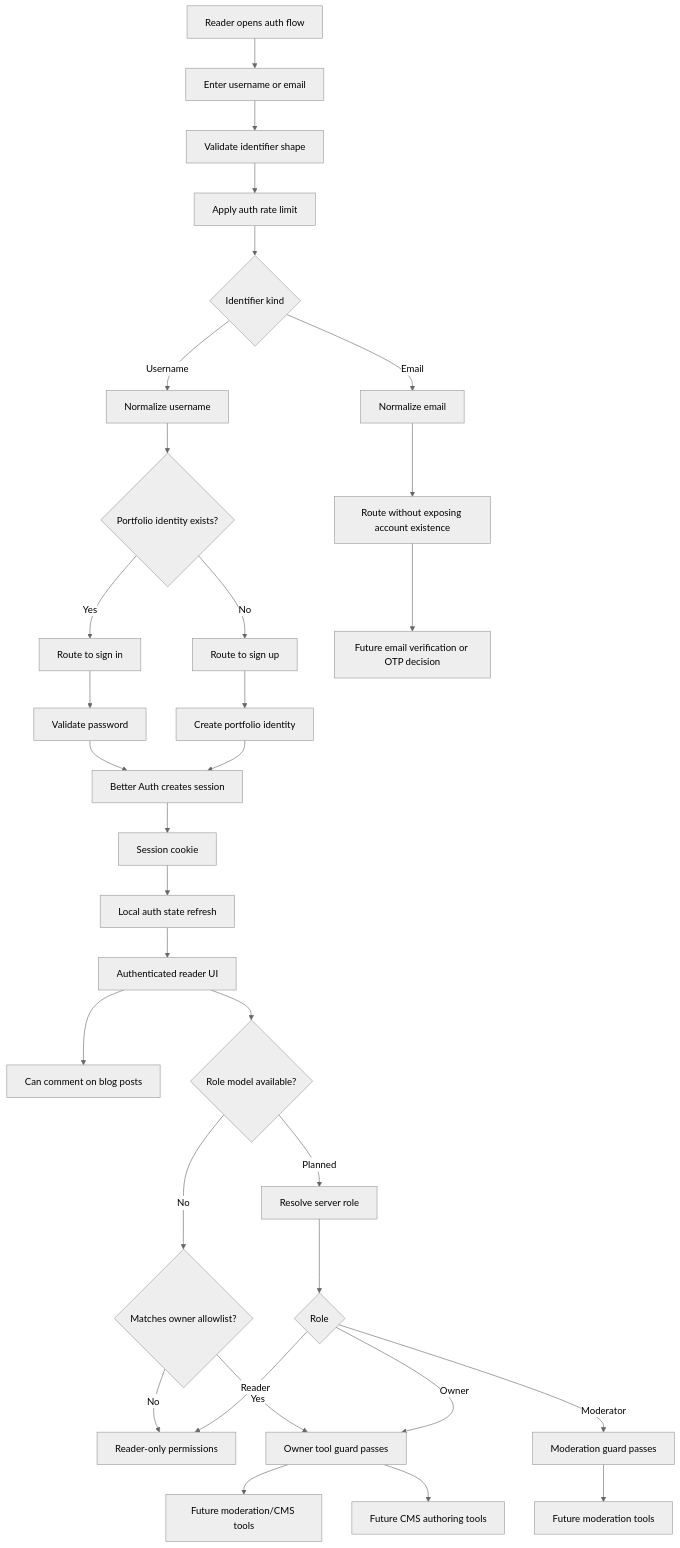
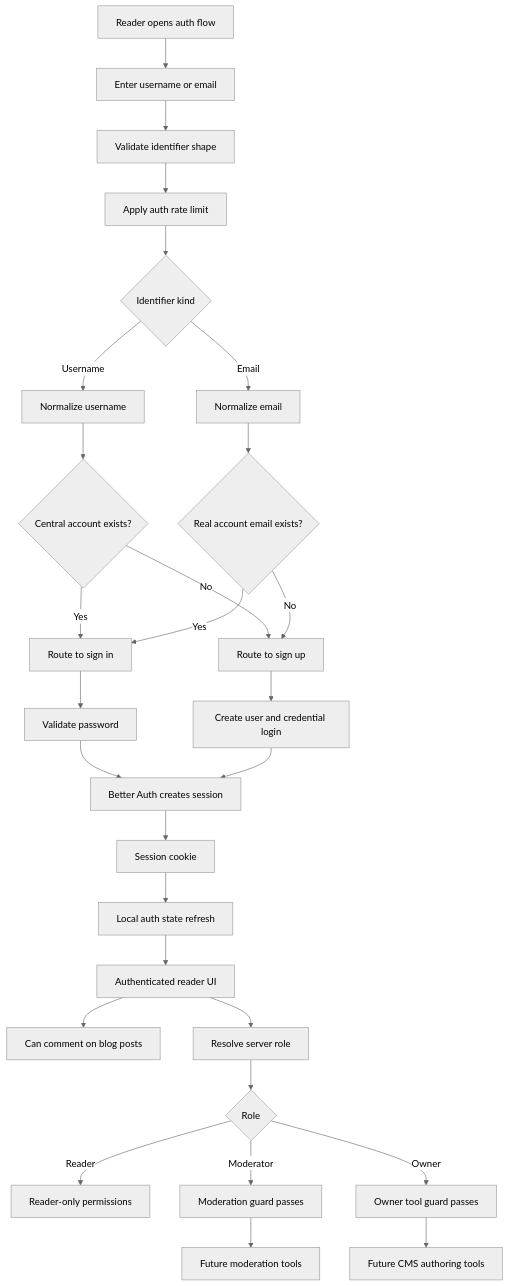
The diagram in analysis/design/diagrams/pf-diag-003-auth-identifier-session-flow.md (TheThouZands/portfolio), drawn with Mermaid (neutral theme) before and after one commit. The commit also changed other lines of this file and 33 other files, not shown here.

````diff
--- a/analysis/design/diagrams/pf-diag-003-auth-identifier-session-flow.md
+++ b/analysis/design/diagrams/pf-diag-003-auth-identifier-session-flow.md
@@ -25,38 +26,34 @@
 ```mermaid
 flowchart TD
   A["Reader opens auth flow"] --> B["Enter username or email"]
   B --> C["Validate identifier shape"]
   C --> D["Apply auth rate limit"]
   D --> E{"Identifier kind"}
 
   E -->|"Username"| F["Normalize username"]
-  F --> G{"Portfolio identity exists?"}
+  F --> G{"Central account exists?"}
   G -->|"Yes"| H["Route to sign in"]
   G -->|"No"| I["Route to sign up"]
 
   E -->|"Email"| J["Normalize email"]
-  J --> K["Route without exposing account existence"]
-  K --> L["Future email verification or OTP decision"]
+  J --> K{"Real account email exists?"}
+  K -->|"Yes"| H
+  K -->|"No"| I
 
   H --> M["Validate password"]
-  I --> N["Create portfolio identity"]
+  I --> N["Create user and credential login"]
   M --> O["Better Auth creates session"]
   N --> O
 
   O --> P["Session cookie"]
   P --> Q["Local auth state refresh"]
   Q --> R["Authenticated reader UI"]
   R --> S["Can comment on blog posts"]
-  R --> T{"Role model available?"}
-  T -->|"No"| U{"Matches owner allowlist?"}
-  U -->|"No"| V["Reader-only permissions"]
-  U -->|"Yes"| W["Owner tool guard passes"]
-  W --> X["Future moderation/CMS tools"]
-  T -->|"Planned"| Y["Resolve server role"]
+  R --> Y["Resolve server role"]
   Y --> Z{"Role"}
-  Z -->|"Reader"| V
+  Z -->|"Reader"| V["Reader-only permissions"]
   Z -->|"Moderator"| AA["Moderation guard passes"]
-  Z -->|"Owner"| W
+  Z -->|"Owner"| W["Owner tool guard passes"]
   AA --> AB["Future moderation tools"]
   W --> AC["Future CMS authoring tools"]
 ```
````
